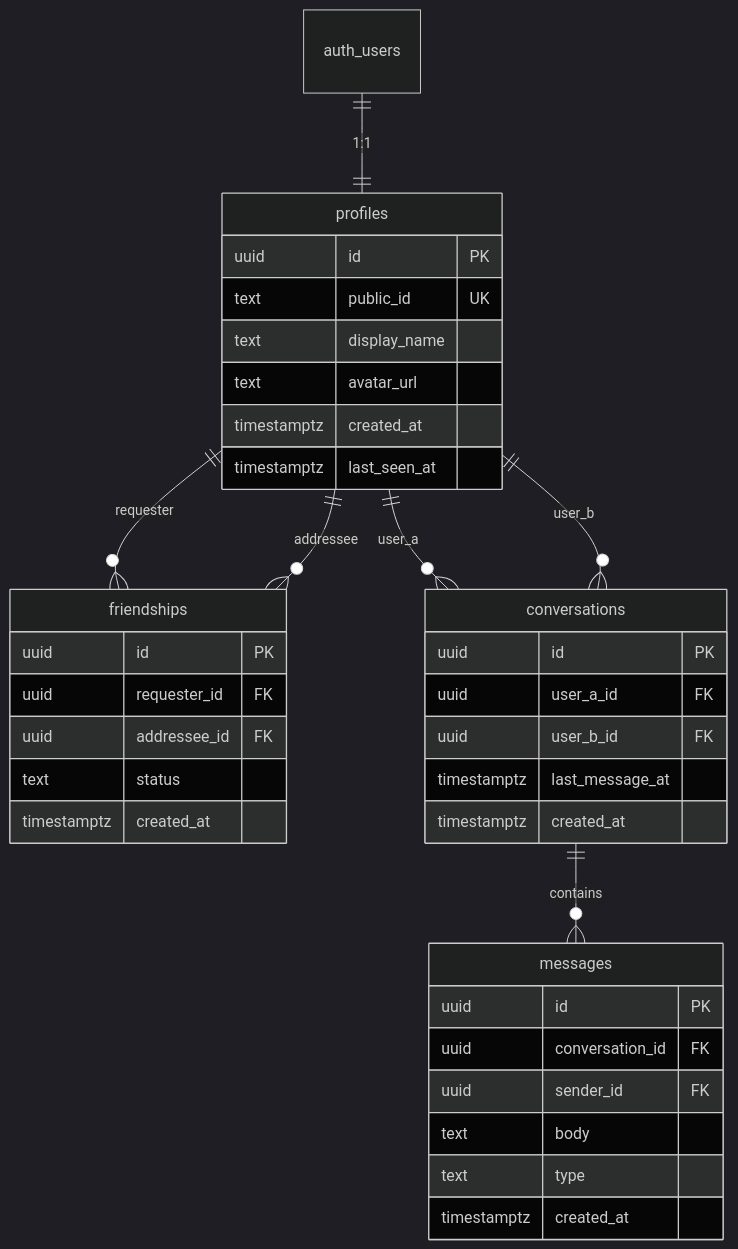
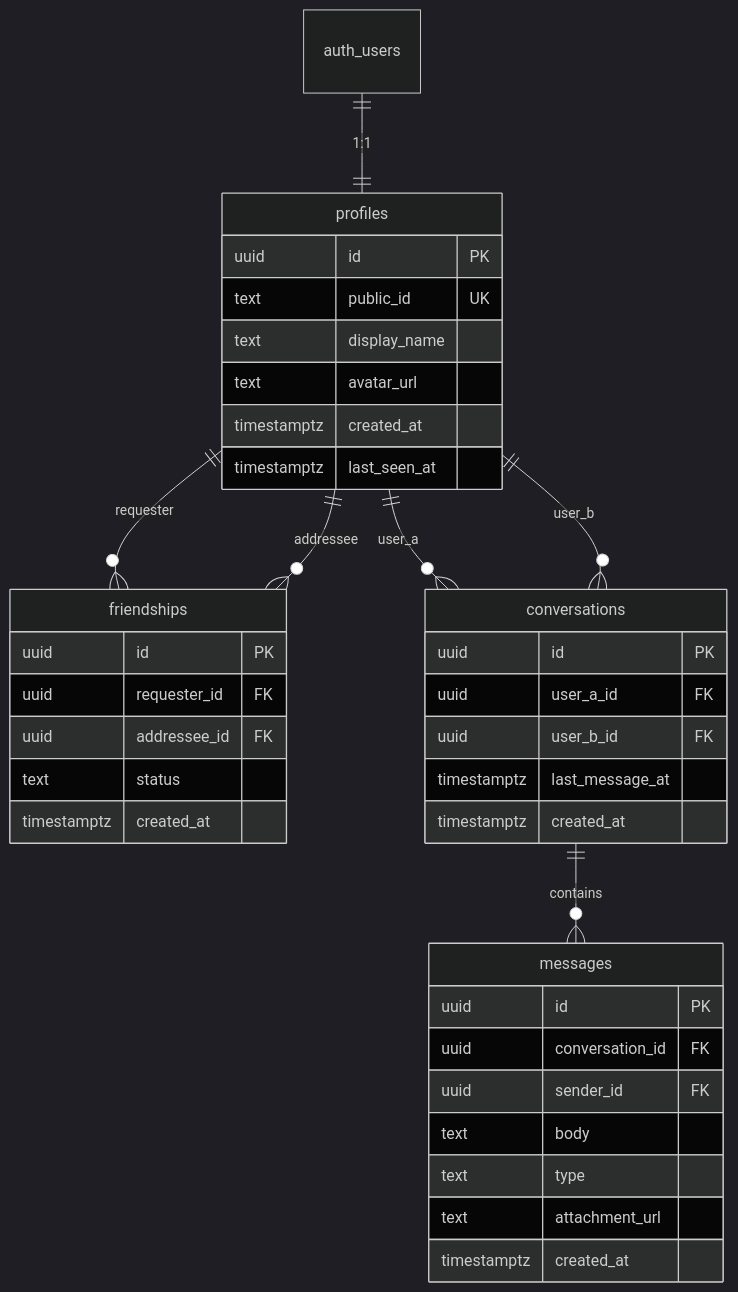
One commit to mustafafoisol/CallingApp changed the diagram in architecture/features/data-model-and-security.md. Above: the diagram before and after it, drawn with Mermaid (dark theme). The commit also changed other lines of this file, not shown here.

Commit message:
docs(db): image attachment schema in data model

````diff
--- a/architecture/features/data-model-and-security.md
+++ b/architecture/features/data-model-and-security.md
@@ -7,43 +7,44 @@
 ```mermaid
 erDiagram
   auth_users ||--|| profiles : "1:1"
   profiles ||--o{ friendships : "requester"
   profiles ||--o{ friendships : "addressee"
   profiles ||--o{ conversations : "user_a"
   profiles ||--o{ conversations : "user_b"
   conversations ||--o{ messages : contains
 
   profiles {
     uuid id PK
     text public_id UK
     text display_name
     text avatar_url
     timestamptz created_at
     timestamptz last_seen_at
   }
 
   friendships {
     uuid id PK
     uuid requester_id FK
     uuid addressee_id FK
     text status
     timestamptz created_at
   }
 
   conversations {
     uuid id PK
     uuid user_a_id FK
     uuid user_b_id FK
     timestamptz last_message_at
     timestamptz created_at
   }
 
   messages {
     uuid id PK
     uuid conversation_id FK
     uuid sender_id FK
     text body
     text type
+    text attachment_url
     timestamptz created_at
   }
 ```
````
